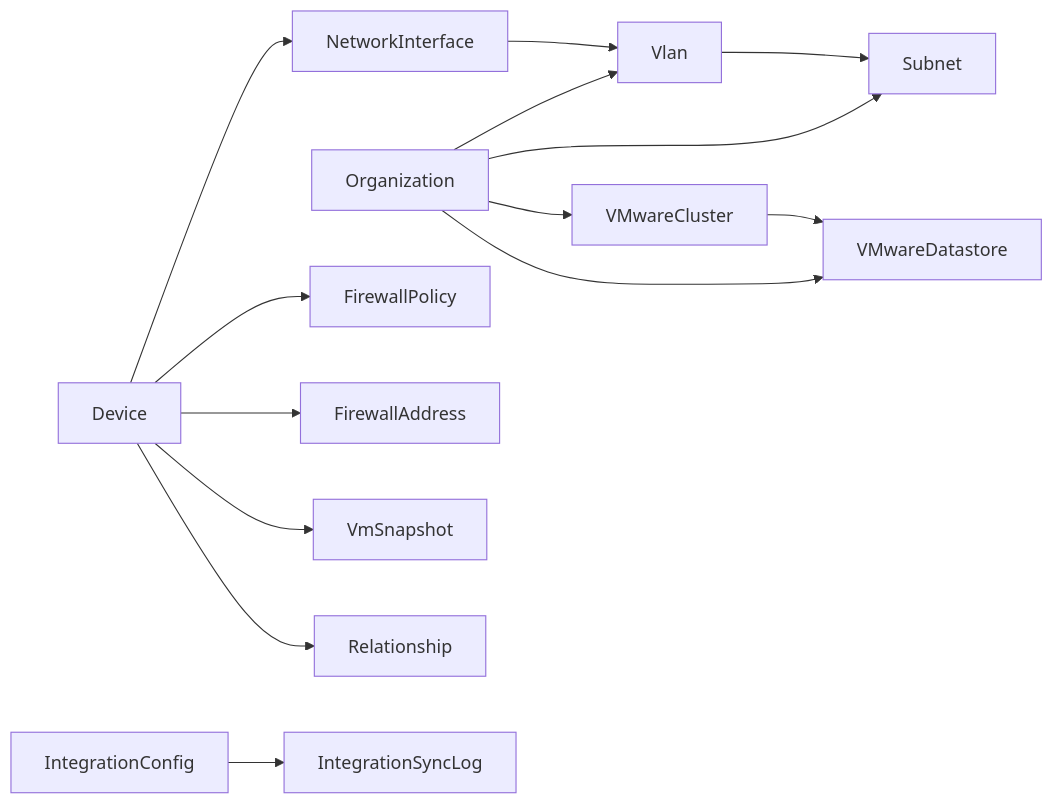
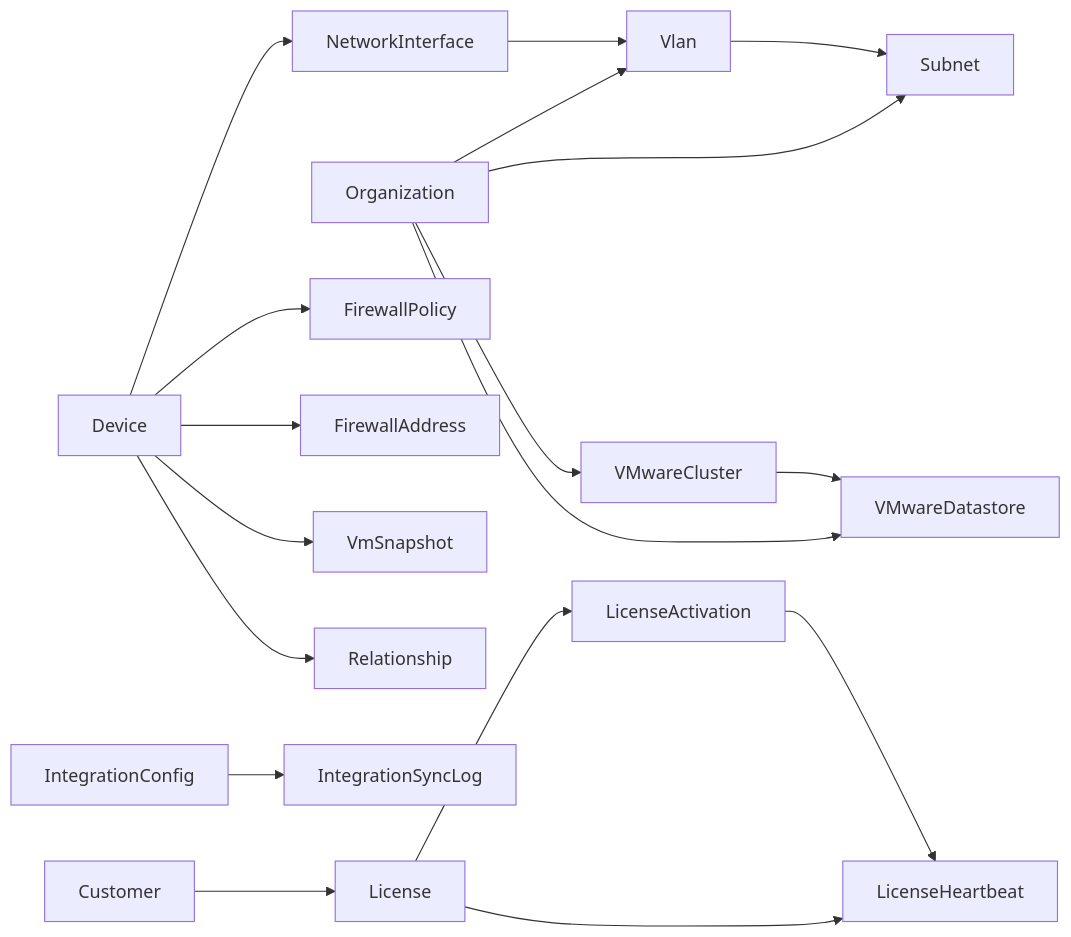
Before and after one commit to celebigilfatih/infrascope: diagram 17 of 17 in .qoder/repowiki/en/content/Database Schema & Models/Enterprise Features.md, drawn with Mermaid. The commit also changed other lines of this file and 12 other files, not shown here.

````diff
--- a/.qoder/repowiki/en/content/Database Schema & Models/Enterprise Features.md
+++ b/.qoder/repowiki/en/content/Database Schema & Models/Enterprise Features.md
@@ -465,16 +838,20 @@
 ```mermaid
 graph LR
 ORG["Organization"] --> VLAN["Vlan"]
 ORG --> SUB["Subnet"]
 VLAN --> SUB
 ORG --> CLU["VMwareCluster"]
 ORG --> DS["VMwareDatastore"]
 CLU --> DS
 DEV["Device"] --> NI["NetworkInterface"]
 NI --> VLAN
 DEV --> FPOL["FirewallPolicy"]
 DEV --> FADDR["FirewallAddress"]
 DEV --> SNAP["VmSnapshot"]
 DEV --> REL["Relationship"]
 ICONF["IntegrationConfig"] --> ISLOG["IntegrationSyncLog"]
+CUST["Customer"] --> LIC["License"]
+LIC --> LACT["LicenseActivation"]
+LIC --> LHB["LicenseHeartbeat"]
+LACT --> LHB
 ```
````
